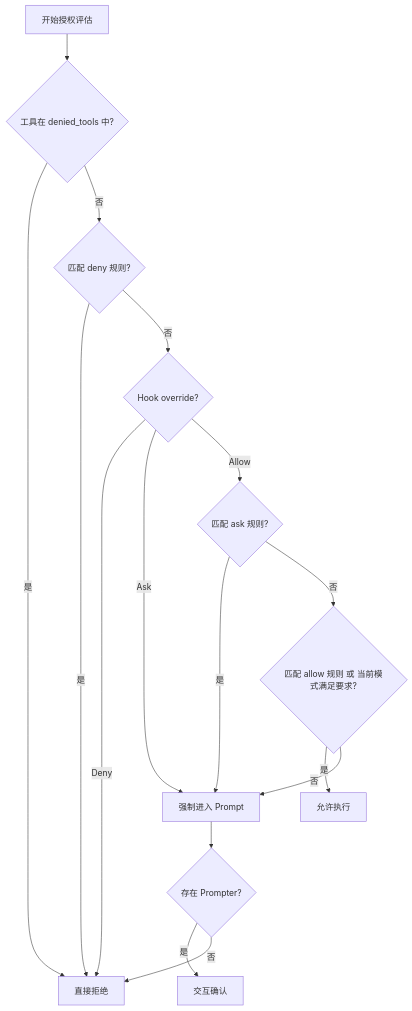
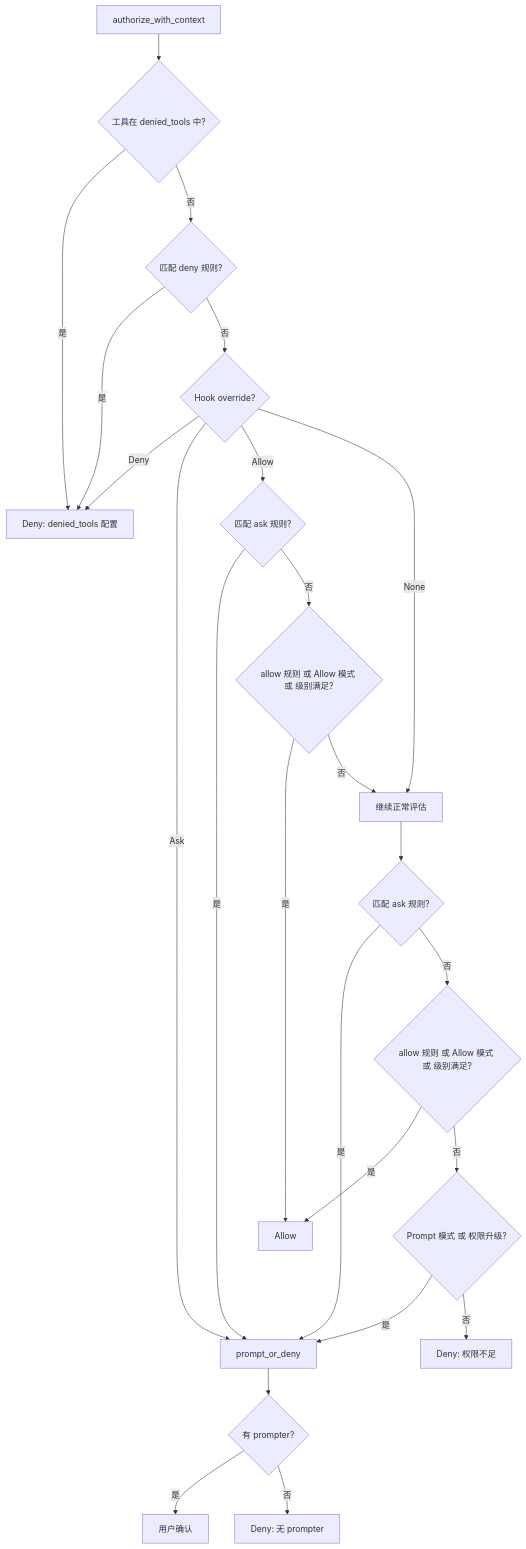
One commit to learner330/claw-code-book changed the diagram in chapter-07/permissions.md. Above: the diagram before and after it, drawn with Mermaid. The commit also changed other lines of this file and 7 other files, not shown here.

First line of the commit message:
重写第4-11章：添加总分总结构，每段代码块配备pre-guide和post-analysis，补充设计意图、字段含义和Java类比

````diff
--- a/chapter-07/permissions.md
+++ b/chapter-07/permissions.md
@@ -113,18 +577,26 @@
 ```mermaid
 graph TD
-    A[开始授权评估] --> B{工具在 denied_tools 中?}
-    B -->|是| C[直接拒绝]
+    A["authorize_with_context"] --> B{工具在 denied_tools 中?}
+    B -->|是| C["Deny: denied_tools 配置"]
     B -->|否| D{匹配 deny 规则?}
     D -->|是| C
     D -->|否| E{Hook override?}
     E -->|Deny| C
-    E -->|Ask| F[强制进入 Prompt]
+    E -->|Ask| F["prompt_or_deny"]
     E -->|Allow| G{匹配 ask 规则?}
     G -->|是| F
-    G -->|否| H{匹配 allow 规则 或 当前模式满足要求?}
-    H -->|是| I[允许执行]
-    H -->|否| F
-    F --> J{存在 Prompter?}
-    J -->|是| K[交互确认]
-    J -->|否| C
+    G -->|否| H{allow 规则 或 Allow 模式 或 级别满足?}
+    H -->|是| I["Allow"]
+    H -->|否| J["继续正常评估"]
+    E -->|None| J
+    J --> K{匹配 ask 规则?}
+    K -->|是| F
+    K -->|否| L{allow 规则 或 Allow 模式 或 级别满足?}
+    L -->|是| I
+    L -->|否| M{Prompt 模式 或 权限升级?}
+    M -->|是| F
+    M -->|否| N["Deny: 权限不足"]
+    F --> O{有 prompter?}
+    O -->|是| P["用户确认"]
+    O -->|否| Q["Deny: 无 prompter"]
 ```
````
